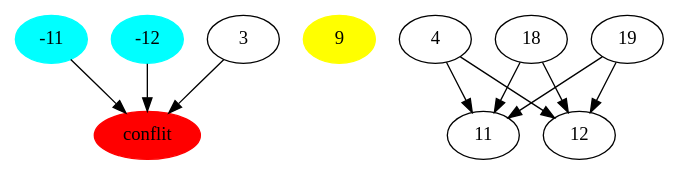
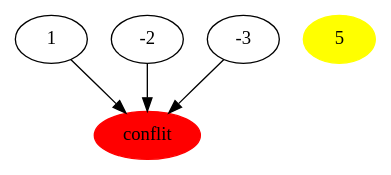
One commit to Hagrud/Projet2 changed the diagram in conflit_graph.dot. Above: the diagram before and after it, drawn with Graphviz. The commit also changed 10 other files, not shown here.

Commit message:
graph almost correct

```diff
--- a/conflit_graph.dot
+++ b/conflit_graph.dot
@@ -1,15 +1,7 @@
 digraph G {
 conflit  [style=filled,color=red];
--11 [style=filled,color=cyan];
--12 [style=filled,color=cyan];
-9 [style=filled,color=yellow];
-3->conflit;
-4->11;
-4->12;
--11->conflit;
--12->conflit;
-18->11;
-18->12;
-19->11;
-19->12;
+5 [style=filled,color=yellow];
+1->conflit;
+-2->conflit;
+-3->conflit;
 }
```
